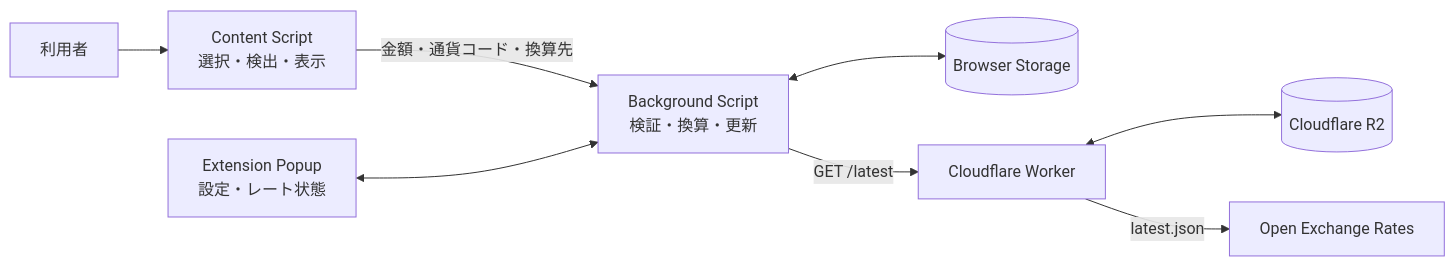
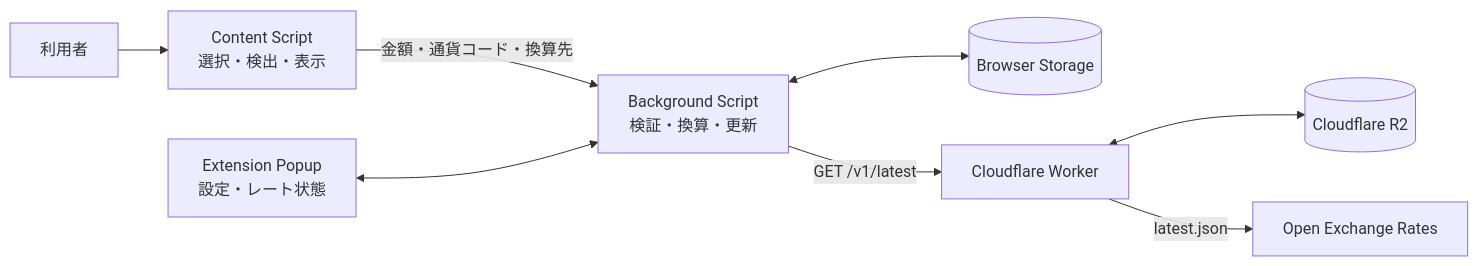
Before and after one commit to dorayaki4369/currency-lens: the diagram in docs/architecture.md, drawn with Mermaid. The commit also changed other lines of this file and 16 other files, not shown here.

````diff
--- a/docs/architecture.md
+++ b/docs/architecture.md
@@ -7,10 +7,10 @@
 ```mermaid
 flowchart LR
     U[利用者] --> CS[Content Script\n選択・検出・表示]
     CS -->|金額・通貨コード・換算先| BG[Background Script\n検証・換算・更新]
     PU[Extension Popup\n設定・レート状態] <--> BG
     BG <--> BS[(Browser Storage)]
-    BG -->|GET /latest| WK[Cloudflare Worker]
+    BG -->|GET /v1/latest| WK[Cloudflare Worker]
     WK <--> R2[(Cloudflare R2)]
     WK -->|latest.json| OXR[Open Exchange Rates]
 ```
````
